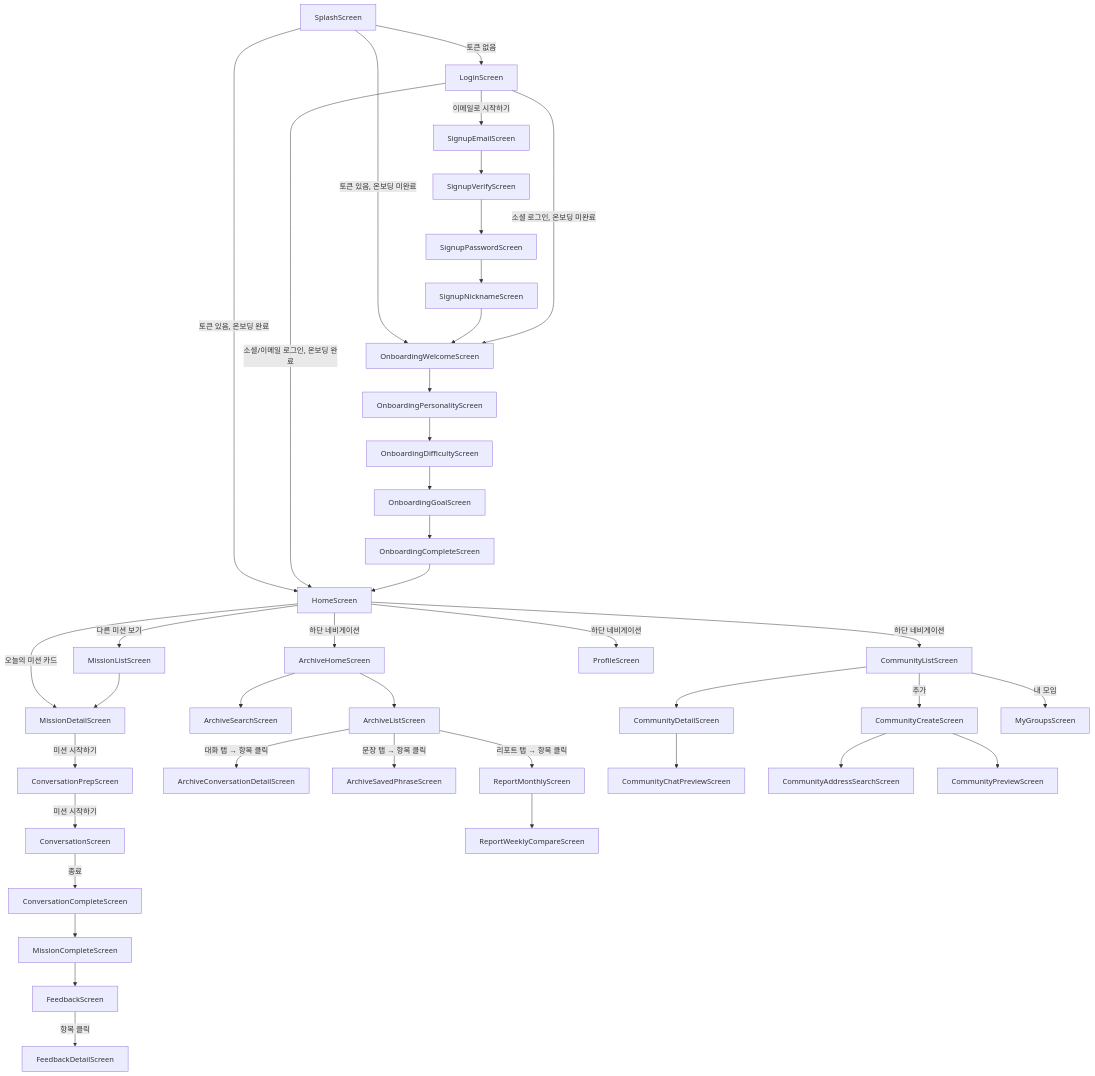
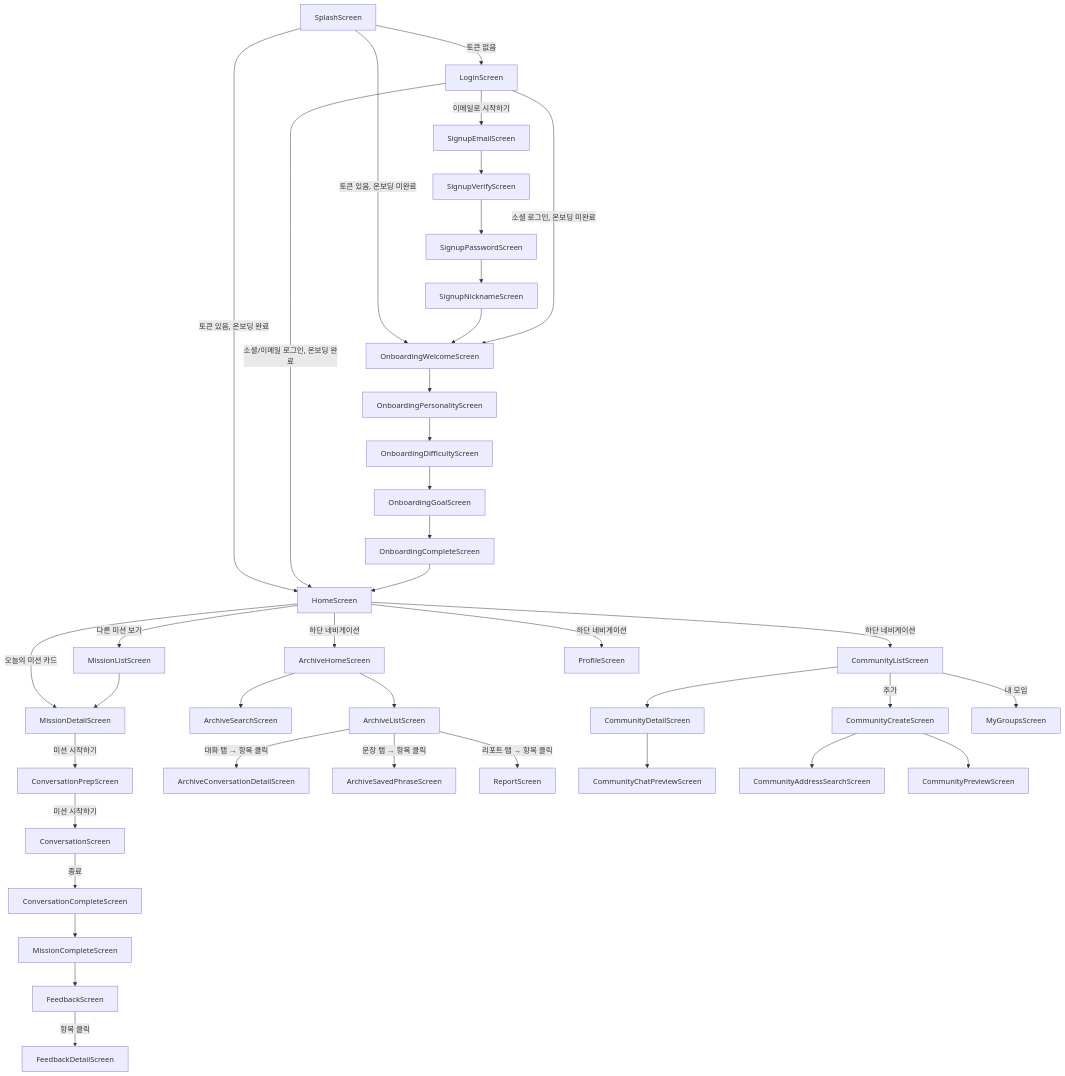
The diagram in NAVIGATION.md (TalkQQuest/TalkQQuest-Android), drawn with Mermaid before and after one commit. The commit also changed other lines of this file and 1 other file, not shown here.

Commit message:
refactor: 리포트 route 통합 (REPORT_MONTHLY/WEEKLY_COMPARE -> REPORT 단일)

````diff
--- a/NAVIGATION.md
+++ b/NAVIGATION.md
@@ -86,49 +87,47 @@
 ```mermaid
 flowchart TD
     Splash[SplashScreen] -->|토큰 없음| Login[LoginScreen]
     Splash -->|토큰 있음, 온보딩 미완료| OnboardWelcome[OnboardingWelcomeScreen]
     Splash -->|토큰 있음, 온보딩 완료| Home[HomeScreen]
 
     Login -->|이메일로 시작하기| SignupEmail[SignupEmailScreen]
     SignupEmail --> SignupVerify[SignupVerifyScreen]
     SignupVerify --> SignupPw[SignupPasswordScreen]
     SignupPw --> SignupNick[SignupNicknameScreen]
     SignupNick --> OnboardWelcome
     Login -->|소셜 로그인, 온보딩 미완료| OnboardWelcome
     Login -->|소셜/이메일 로그인, 온보딩 완료| Home
 
     OnboardWelcome --> OnboardPersonality[OnboardingPersonalityScreen]
     OnboardPersonality --> OnboardDifficulty[OnboardingDifficultyScreen]
     OnboardDifficulty --> OnboardGoal[OnboardingGoalScreen]
     OnboardGoal --> OnboardComplete[OnboardingCompleteScreen]
     OnboardComplete --> Home
 
     Home -->|다른 미션 보기| MissionList[MissionListScreen]
     Home -->|오늘의 미션 카드| MissionDetail[MissionDetailScreen]
     MissionList --> MissionDetail
     MissionDetail -->|미션 시작하기| ConvPrep[ConversationPrepScreen]
     ConvPrep -->|미션 시작하기| Conversation[ConversationScreen]
     Conversation -->|종료| ConvComplete[ConversationCompleteScreen]
     ConvComplete --> MissionComplete[MissionCompleteScreen]
     MissionComplete --> Feedback[FeedbackScreen]
     Feedback -->|항목 클릭| FeedbackDetail[FeedbackDetailScreen]
 
     Home -->|하단 네비게이션| Archive[ArchiveHomeScreen]
     Home -->|하단 네비게이션| Community[CommunityListScreen]
     Home -->|하단 네비게이션| Profile[ProfileScreen]
 
     Archive --> ArchiveSearch[ArchiveSearchScreen]
     Archive --> ArchiveList[ArchiveListScreen]
     ArchiveList -->|대화 탭 → 항목 클릭| ArchiveConvDetail[ArchiveConversationDetailScreen]
     ArchiveList -->|문장 탭 → 항목 클릭| ArchiveSavedPhrase[ArchiveSavedPhraseScreen]
-    ArchiveList -->|리포트 탭 → 항목 클릭| ReportMonthly[ReportMonthlyScreen]
+    ArchiveList -->|리포트 탭 → 항목 클릭| Report[ReportScreen]
 
     Community --> CommunityDetail[CommunityDetailScreen]
     CommunityDetail --> CommunityChatPreview[CommunityChatPreviewScreen]
     Community -->|추가| CommunityCreate[CommunityCreateScreen]
     CommunityCreate --> CommunityAddressSearch[CommunityAddressSearchScreen]
     CommunityCreate --> CommunityPreview[CommunityPreviewScreen]
     Community -->|내 모임| MyGroups[MyGroupsScreen]
-
-    ReportMonthly --> ReportWeekly[ReportWeeklyCompareScreen]
 ```
````
